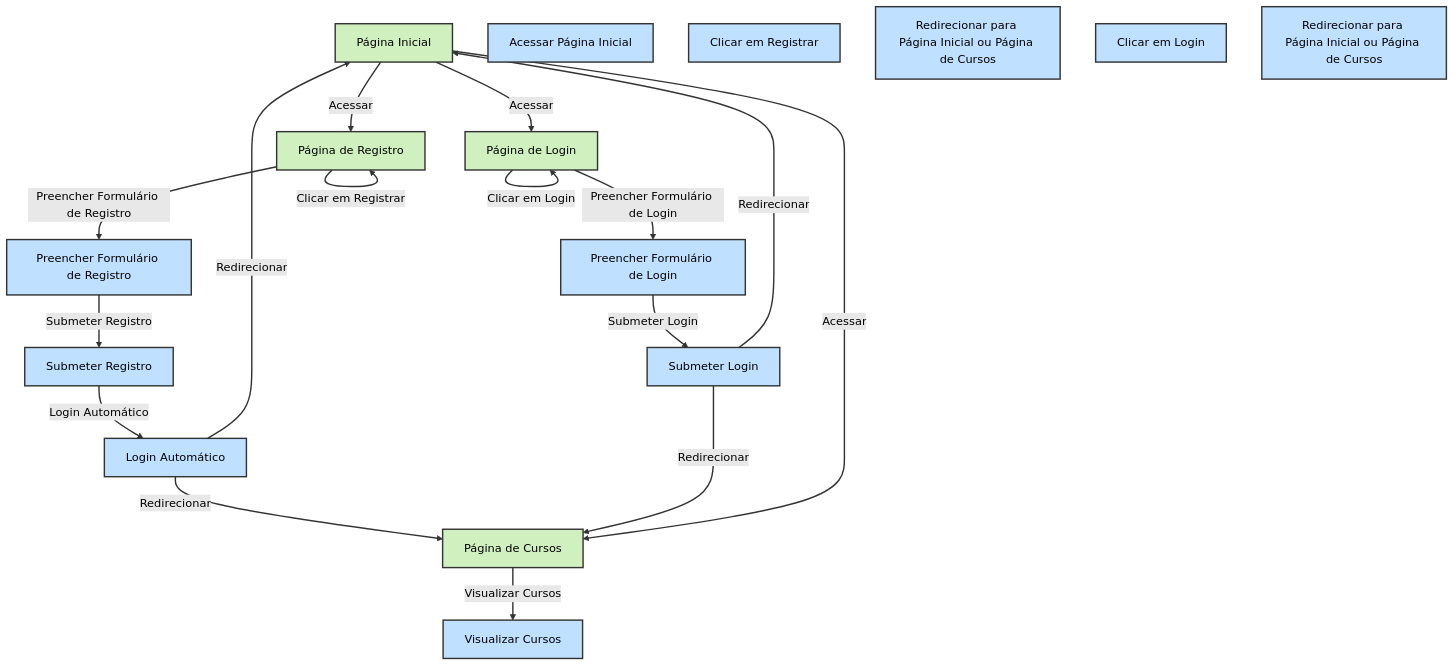
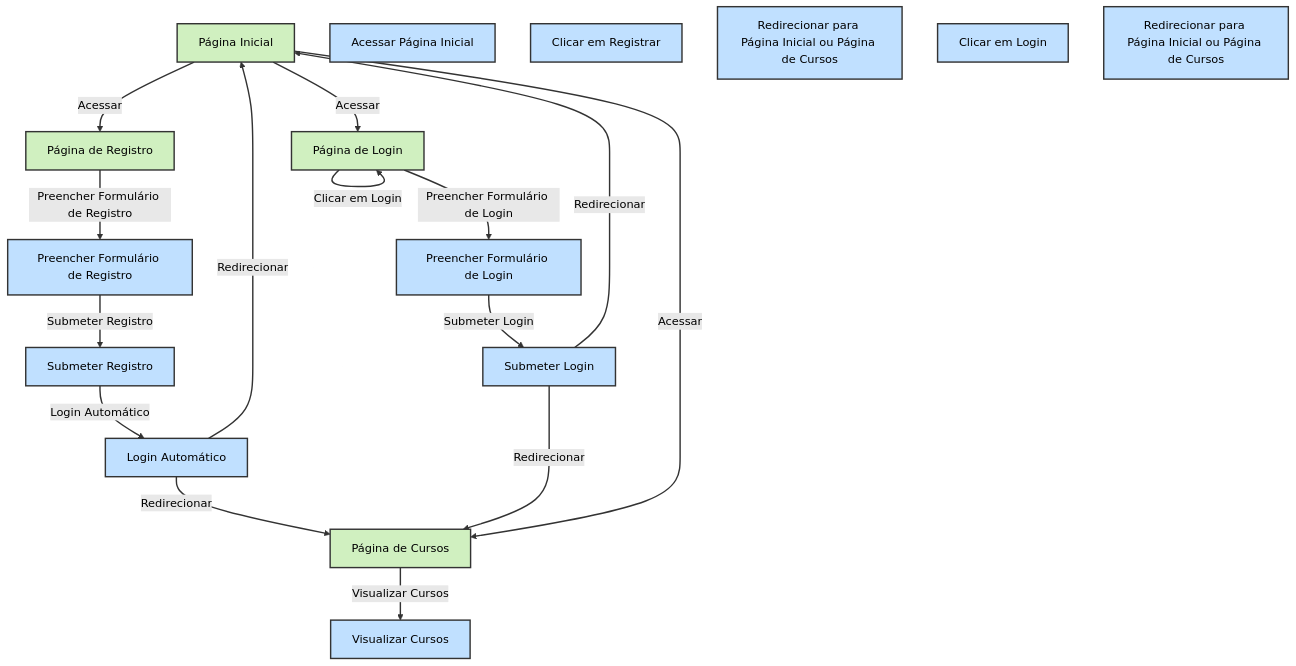
Before and after one commit to Paiva8859/PlataformaEAD: the fifth of 7 diagrams in README.md, drawn with Mermaid (forest theme).

````diff
--- a/README.md
+++ b/README.md
@@ -125,53 +125,52 @@
 ```mermaid
 flowchart TD
     %% Definindo as Páginas como Ações
     P1[Página Inicial]
     P2[Página de Registro]
     P3[Página de Login]
     P4[Página de Cursos]
 
     %% Definindo as Ações e Transições
     A1[Acessar Página Inicial]
     A2[Clicar em Registrar]
     A3[Preencher Formulário de Registro]
     A4[Submeter Registro]
     A5[Login Automático]
     A6[Redirecionar para Página Inicial ou Página de Cursos]
 
     A7[Clicar em Login]
     A8[Preencher Formulário de Login]
     A9[Submeter Login]
     A10[Redirecionar para Página Inicial ou Página de Cursos]
 
     A11[Visualizar Cursos]
 
     %% Fluxo de Registro
     P1 -->|Acessar| P2
-    P2 -->|Clicar em Registrar| P2
     P2 -->|Preencher Formulário de Registro| A3
     A3 -->|Submeter Registro| A4
     A4 -->|Login Automático| A5
     A5 -->|Redirecionar| P1
     A5 -->|Redirecionar| P4
 
     %% Fluxo de Login
     P1 -->|Acessar| P3
     P3 -->|Clicar em Login| P3
     P3 -->|Preencher Formulário de Login| A8
     A8 -->|Submeter Login| A9
     A9 -->|Redirecionar| P1
     A9 -->|Redirecionar| P4
 
     %% Fluxo de Visualização de Cursos
     P1 -->|Acessar| P4
     P4 -->|Visualizar Cursos| A11
 
     %% Estilizando as Ações e Transições
     classDef page fill:#d0f0c0,stroke:#333,stroke-width:2px,color:#000;
     classDef action fill:#c0e0ff,stroke:#333,stroke-width:2px,color:#000;
     class P1,P2,P3,P4 page;
     class A1,A2,A3,A4,A5,A6,A7,A8,A9,A10,A11 action;
 
     %% Estilizando as Conexões
     linkStyle default stroke:#333,stroke-width:2px;
 ```
````
